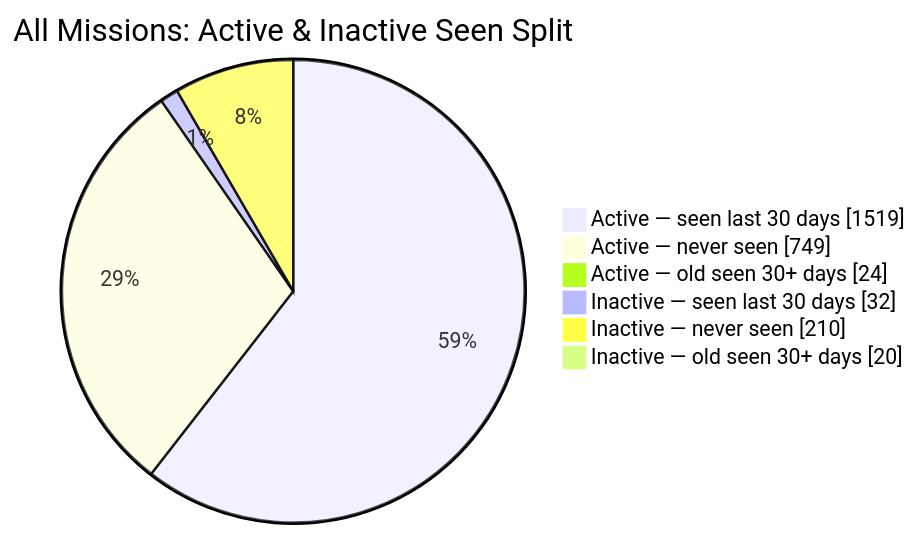
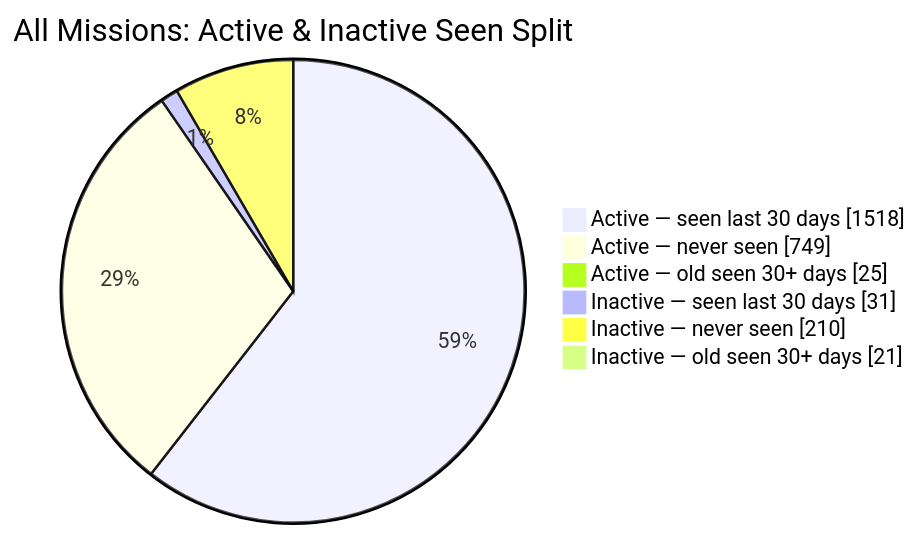
One commit to MeldkamerspelGameTeam/active-missions changed the second of 2 diagrams in README.md. Above: the diagram before and after it, drawn with Mermaid. The commit also changed other lines of this file and 3 other files, not shown here.

````diff
--- a/README.md
+++ b/README.md
@@ -44,10 +44,10 @@
 ```mermaid
 pie showData
     title All Missions: Active & Inactive Seen Split
-    "Active — seen last 30 days" : 1519
+    "Active — seen last 30 days" : 1518
     "Active — never seen" : 749
-    "Active — old seen 30+ days" : 24
-    "Inactive — seen last 30 days" : 32
+    "Active — old seen 30+ days" : 25
+    "Inactive — seen last 30 days" : 31
     "Inactive — never seen" : 210
-    "Inactive — old seen 30+ days" : 20
+    "Inactive — old seen 30+ days" : 21
 ```
````
